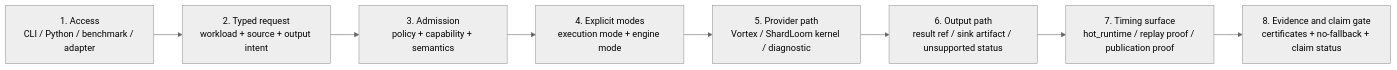
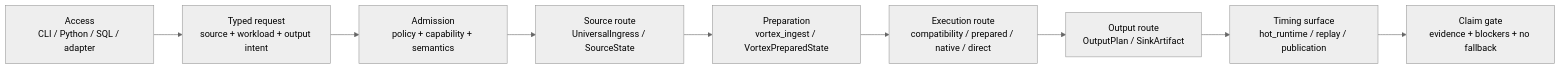
Before and after one commit to depsilon/shardloom: the first of 8 diagrams in website/assets/data/compute-engine-flow-reference.md, drawn with Mermaid (neutral theme). The commit also changed other lines of this file and 14 other files, not shown here.

Commit message:
Split release gates and clarify compute flow (#1141)

````diff
--- a/website/assets/data/compute-engine-flow-reference.md
+++ b/website/assets/data/compute-engine-flow-reference.md
@@ -173,13 +104,14 @@
 ```mermaid
 flowchart LR
-    ACCESS["1. Access<br/>CLI / Python / benchmark / adapter"]
-    REQUEST["2. Typed request<br/>workload + source + output intent"]
-    ADMISSION["3. Admission<br/>policy + capability + semantics"]
-    MODE["4. Explicit modes<br/>execution mode + engine mode"]
-    PROVIDER["5. Provider path<br/>Vortex / ShardLoom kernel / diagnostic"]
-    OUTPUT["6. Output path<br/>result ref / sink artifact / unsupported status"]
-    TIMING["7. Timing surface<br/>hot_runtime / replay proof / publication proof"]
-    EVIDENCE["8. Evidence and claim gate<br/>certificates + no-fallback + claim status"]
+    ACCESS["Access<br/>CLI / Python / SQL / adapter"]
+    REQUEST["Typed request<br/>source + workload + output intent"]
+    ADMISSION["Admission<br/>policy + capability + semantics"]
+    SOURCE["Source route<br/>UniversalIngress / SourceState"]
+    PREPARE["Preparation<br/>vortex_ingest / VortexPreparedState"]
+    EXECUTE["Execution route<br/>compatibility / prepared / native / direct"]
+    OUTPUT["Output route<br/>OutputPlan / SinkArtifact"]
+    TIMING["Timing surface<br/>hot_runtime / replay / publication"]
+    CLAIM["Claim gate<br/>evidence + blockers + no fallback"]
 
-    ACCESS --> REQUEST --> ADMISSION --> MODE --> PROVIDER --> OUTPUT --> TIMING --> EVIDENCE
+    ACCESS --> REQUEST --> ADMISSION --> SOURCE --> PREPARE --> EXECUTE --> OUTPUT --> TIMING --> CLAIM
 ```
````
